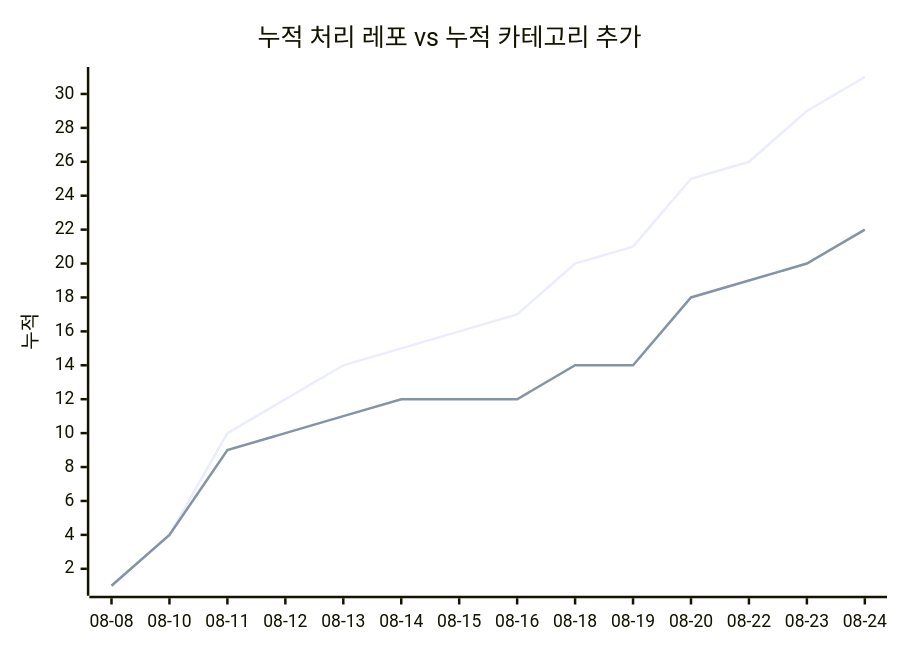
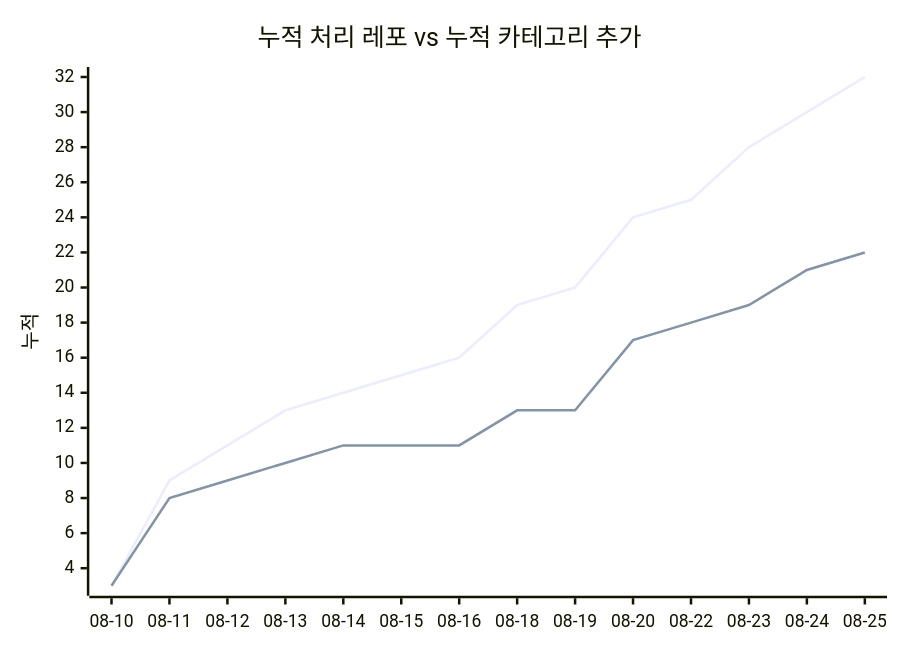
Before and after one commit to J-nowcow/awesome-korean-agent-skills: the second of 2 diagrams in docs/trends.md, drawn with Mermaid. The commit also changed other lines of this file and 4 other files, not shown here.

````diff
--- a/docs/trends.md
+++ b/docs/trends.md
@@ -68,8 +68,8 @@
 ```mermaid
 xychart-beta
     title "누적 처리 레포 vs 누적 카테고리 추가"
-    x-axis ["08-08","08-10","08-11","08-12","08-13","08-14","08-15","08-16","08-18","08-19","08-20","08-22","08-23","08-24"]
+    x-axis ["08-10","08-11","08-12","08-13","08-14","08-15","08-16","08-18","08-19","08-20","08-22","08-23","08-24","08-25"]
     y-axis "누적"
-    line [1,4,10,12,14,15,16,17,20,21,25,26,29,31]
-    line [1,4,9,10,11,12,12,12,14,14,18,19,20,22]
+    line [3,9,11,13,14,15,16,19,20,24,25,28,30,32]
+    line [3,8,9,10,11,11,11,13,13,17,18,19,21,22]
 ```
````
